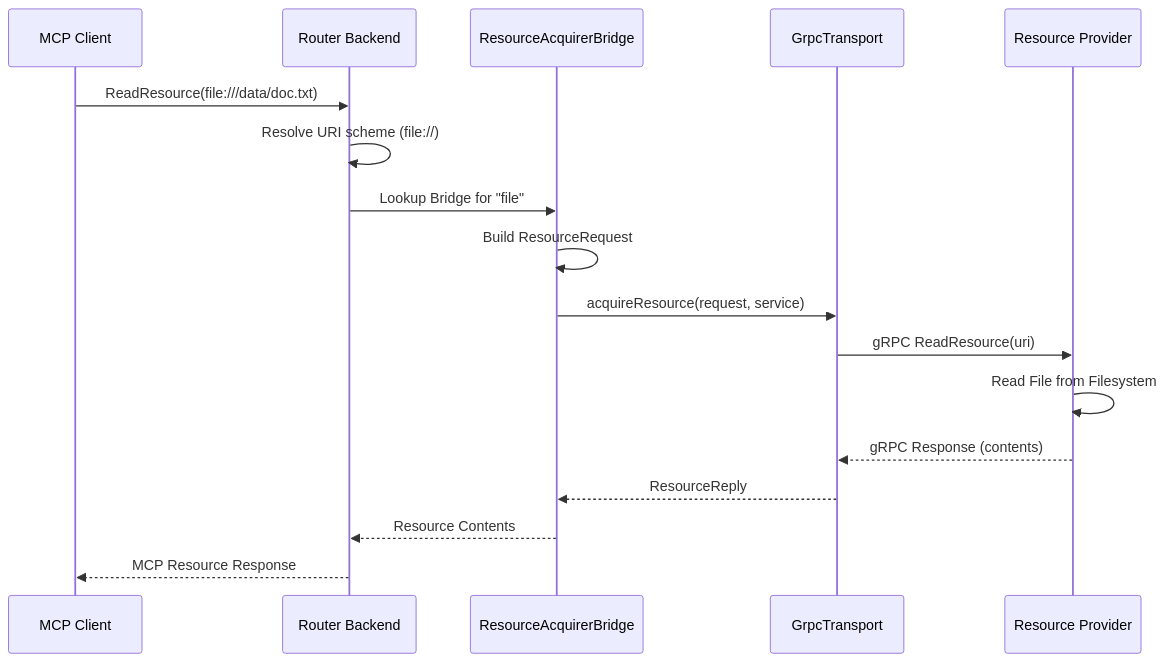
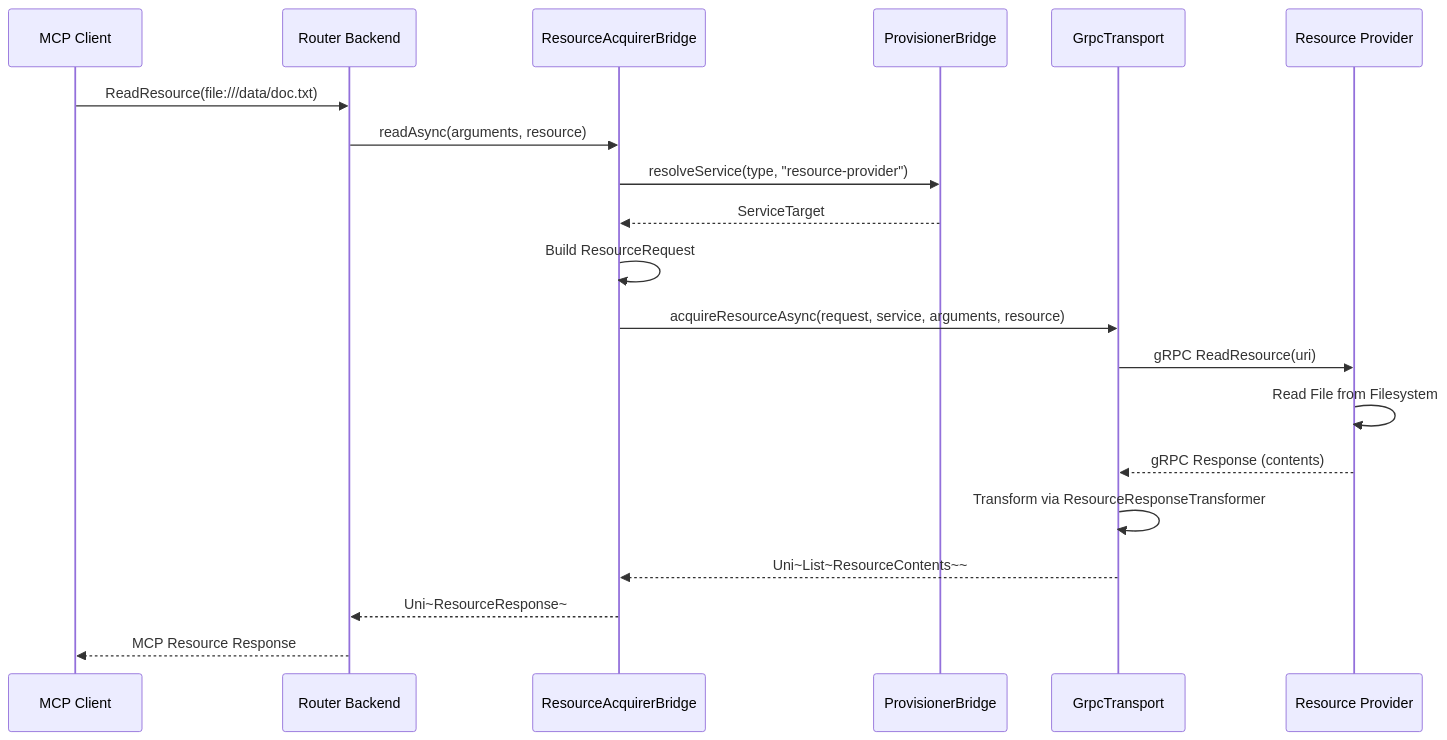
The fifth of 6 diagrams in docs/wanaku-router-internals.md (wanaku-ai/wanaku), drawn with Mermaid before and after one commit. The commit also changed other lines of this file and 5 other files, not shown here.

First line of the commit message:
Update documentation to reflect async-first bridge architecture

````diff
--- a/docs/wanaku-router-internals.md
+++ b/docs/wanaku-router-internals.md
@@ -231,20 +262,23 @@
 ```mermaid
 sequenceDiagram
     participant MCP as MCP Client
     participant Router as Router Backend
     participant RAB as ResourceAcquirerBridge
+    participant PB as ProvisionerBridge
     participant Transport as GrpcTransport
     participant Provider as Resource Provider
 
     MCP->>Router: ReadResource(file:///data/doc.txt)
-    Router->>Router: Resolve URI scheme (file://)
-    Router->>RAB: Lookup Bridge for "file"
+    Router->>RAB: readAsync(arguments, resource)
+    RAB->>PB: resolveService(type, "resource-provider")
+    PB-->>RAB: ServiceTarget
     RAB->>RAB: Build ResourceRequest
-    RAB->>Transport: acquireResource(request, service)
+    RAB->>Transport: acquireResourceAsync(request, service, arguments, resource)
     Transport->>Provider: gRPC ReadResource(uri)
     Provider->>Provider: Read File from Filesystem
     Provider-->>Transport: gRPC Response (contents)
-    Transport-->>RAB: ResourceReply
-    RAB-->>Router: Resource Contents
+    Transport->>Transport: Transform via ResourceResponseTransformer
+    Transport-->>RAB: Uni~List~ResourceContents~~
+    RAB-->>Router: Uni~ResourceResponse~
     Router-->>MCP: MCP Resource Response
 ```
````
